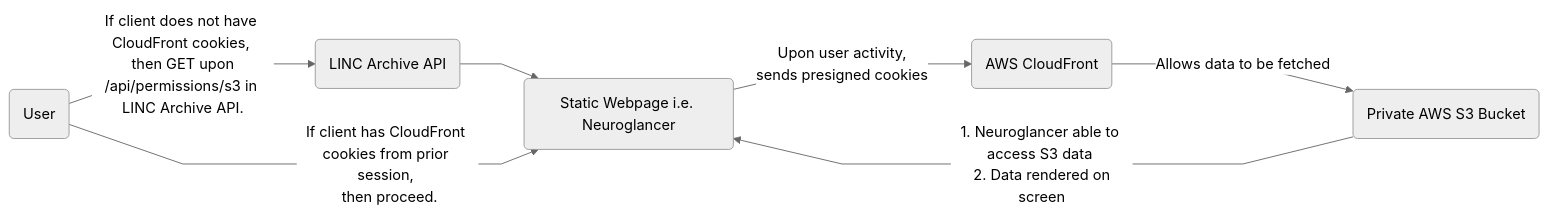
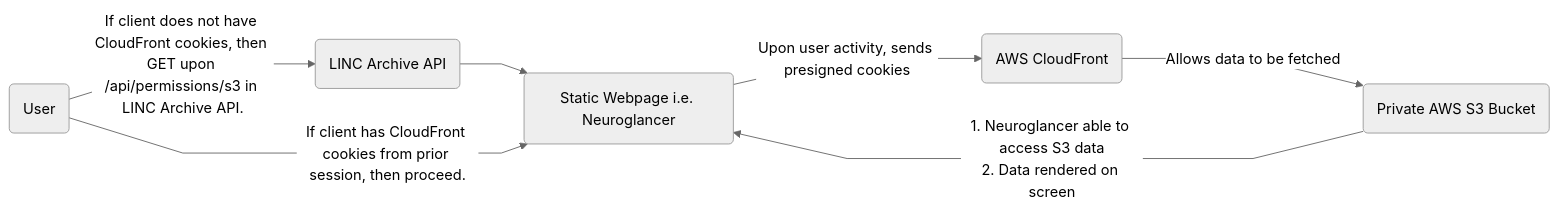
Before and after one commit to lincbrain/linc-archive: the diagram in doc/design/linc_permissions.md, drawn with Mermaid (neutral theme). The commit also changed other lines of this file, not shown here.

Commit message:
try to resolve mermaid chart

````diff
--- a/doc/design/linc_permissions.md
+++ b/doc/design/linc_permissions.md
@@ -46,10 +46,10 @@
 ```mermaid
 %%{init: {"flowchart": {"curve": "linear"}}}%%
 flowchart LR
-    E --> B
-    A(User) -->| If client has CloudFront cookies from prior session, <br/> then proceed. | B(Static Webpage i.e. Neuroglancer)
-    A --> | If client does not have CloudFront cookies, <br/> then GET upon /api/permissions/s3 in LINC Archive API. | E(LINC Archive API)
-    B --> | Upon user activity, <br/> sends presigned cookies | C(AWS CloudFront)
-    C -->| Allows data to be fetched | D(Private AWS S3 Bucket)
-    D -->| 1. Neuroglancer able to access S3 data <br/> 2. Data rendered on screen | B
+    E(LINC Archive API) --> B(Static Webpage i.e. Neuroglancer)
+    A(User) -->|If client has CloudFront cookies from prior session, then proceed.| B
+    A --> |If client does not have CloudFront cookies, then GET upon /api/permissions/s3 in LINC Archive API.| E
+    B --> |Upon user activity, sends presigned cookies| C(AWS CloudFront)
+    C -->|Allows data to be fetched| D(Private AWS S3 Bucket)
+    D -->|1. Neuroglancer able to access S3 data<br>2. Data rendered on screen| B
 ```
````
